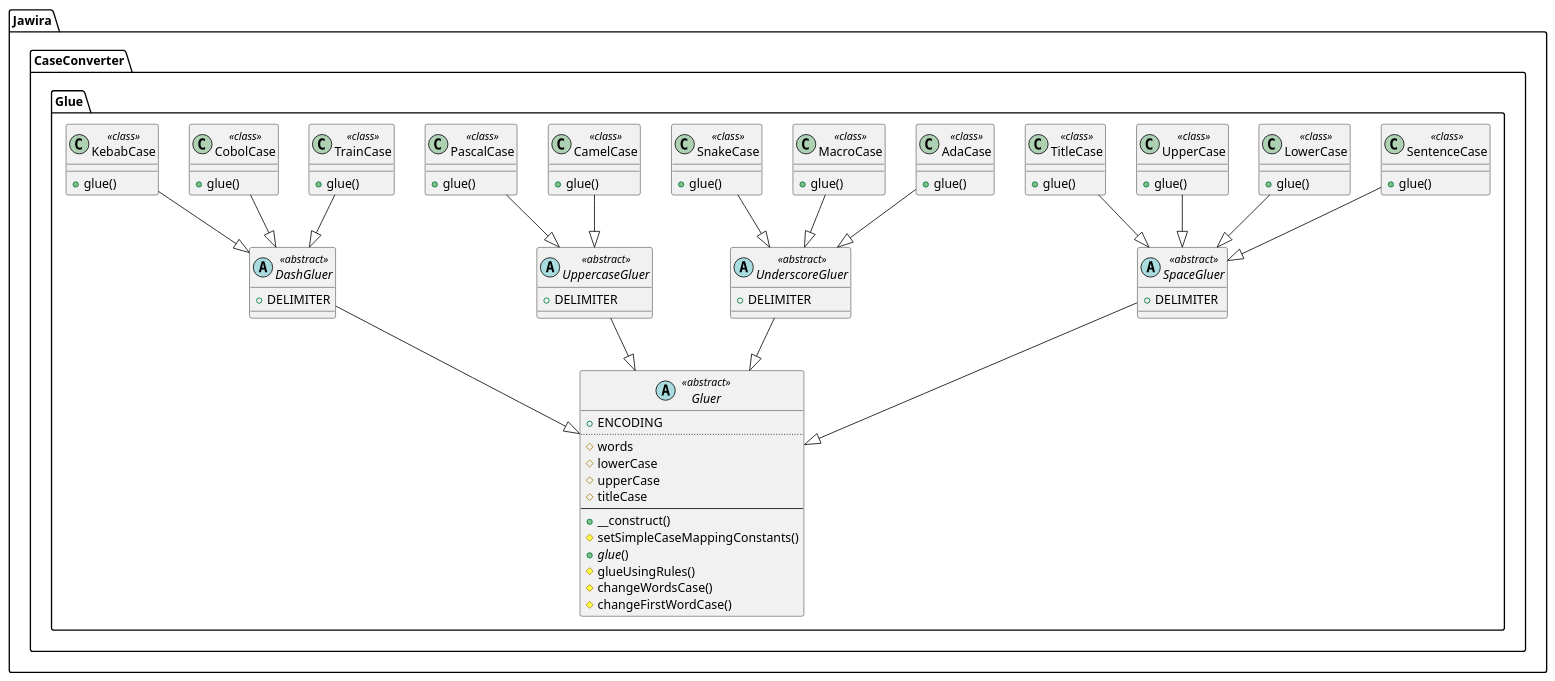
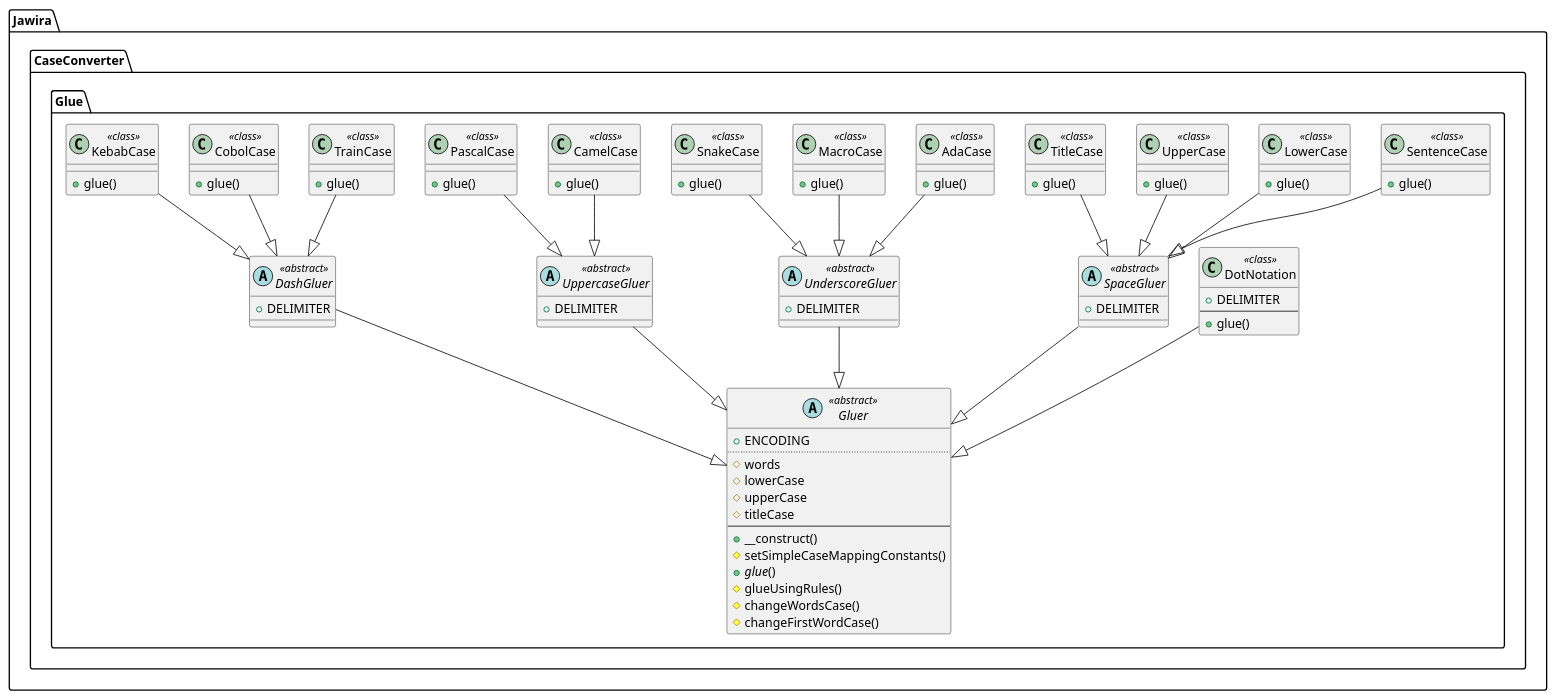
One commit to jawira/case-converter changed the diagram in docs/images/uml-glue.puml. Above: the diagram before and after it, drawn with PlantUML. The commit also changed 13 other files, not shown here.

Commit message:
Improve `Dot notation` documentation #46

```diff
--- a/docs/images/uml-glue.puml
+++ b/docs/images/uml-glue.puml
@@ -1,83 +1,89 @@
 @startuml
 namespace Jawira.CaseConverter.Glue  {
 	class SentenceCase << class >> {
 		+glue()
 	}
 	abstract SpaceGluer << abstract >> {
 		+DELIMITER
 	}
 	abstract Gluer << abstract >> {
 		+ENCODING
 		..
 		#words
 		#lowerCase
 		#upperCase
 		#titleCase
 		--
 		+__construct()
 		#setSimpleCaseMappingConstants()
 		+<i>glue</i>()
 		#glueUsingRules()
 		#changeWordsCase()
 		#changeFirstWordCase()
 	}
 	class LowerCase << class >> {
+		+glue()
+	}
+	class DotNotation << class >> {
+		+DELIMITER
+		--
 		+glue()
 	}
 	abstract UnderscoreGluer << abstract >> {
 		+DELIMITER
 	}
 	class TrainCase << class >> {
 		+glue()
 	}
 	abstract DashGluer << abstract >> {
 		+DELIMITER
 	}
 	abstract UppercaseGluer << abstract >> {
 		+DELIMITER
 	}
 	class AdaCase << class >> {
 		+glue()
 	}
 	class UpperCase << class >> {
 		+glue()
 	}
 	class TitleCase << class >> {
 		+glue()
 	}
 	class MacroCase << class >> {
 		+glue()
 	}
 	class SnakeCase << class >> {
 		+glue()
 	}
 	class CamelCase << class >> {
 		+glue()
 	}
 	class PascalCase << class >> {
 		+glue()
 	}
 	class CobolCase << class >> {
 		+glue()
 	}
 	class KebabCase << class >> {
 		+glue()
 	}
 }
 Jawira.CaseConverter.Glue.SpaceGluer --|> Jawira.CaseConverter.Glue.Gluer
 Jawira.CaseConverter.Glue.SentenceCase --|> Jawira.CaseConverter.Glue.SpaceGluer
 Jawira.CaseConverter.Glue.LowerCase --|> Jawira.CaseConverter.Glue.SpaceGluer
+Jawira.CaseConverter.Glue.DotNotation --|> Jawira.CaseConverter.Glue.Gluer
 Jawira.CaseConverter.Glue.UnderscoreGluer --|> Jawira.CaseConverter.Glue.Gluer
 Jawira.CaseConverter.Glue.DashGluer --|> Jawira.CaseConverter.Glue.Gluer
 Jawira.CaseConverter.Glue.TrainCase --|> Jawira.CaseConverter.Glue.DashGluer
 Jawira.CaseConverter.Glue.UppercaseGluer --|> Jawira.CaseConverter.Glue.Gluer
 Jawira.CaseConverter.Glue.AdaCase --|> Jawira.CaseConverter.Glue.UnderscoreGluer
 Jawira.CaseConverter.Glue.UpperCase --|> Jawira.CaseConverter.Glue.SpaceGluer
 Jawira.CaseConverter.Glue.TitleCase --|> Jawira.CaseConverter.Glue.SpaceGluer
 Jawira.CaseConverter.Glue.MacroCase --|> Jawira.CaseConverter.Glue.UnderscoreGluer
 Jawira.CaseConverter.Glue.SnakeCase --|> Jawira.CaseConverter.Glue.UnderscoreGluer
 Jawira.CaseConverter.Glue.CamelCase --|> Jawira.CaseConverter.Glue.UppercaseGluer
 Jawira.CaseConverter.Glue.PascalCase --|> Jawira.CaseConverter.Glue.UppercaseGluer
 Jawira.CaseConverter.Glue.CobolCase --|> Jawira.CaseConverter.Glue.DashGluer
 Jawira.CaseConverter.Glue.KebabCase --|> Jawira.CaseConverter.Glue.DashGluer
 @enduml
```
